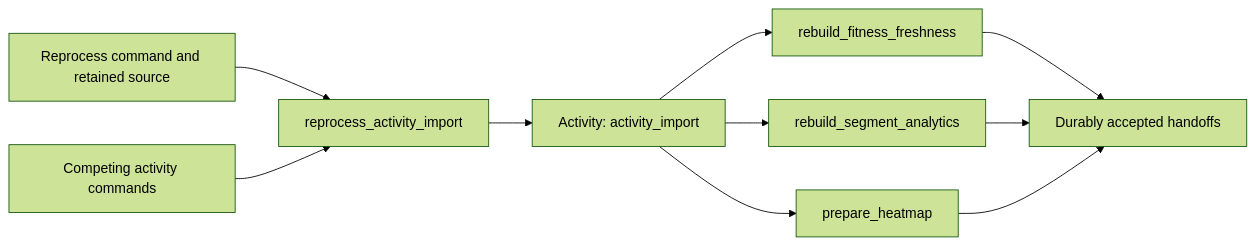
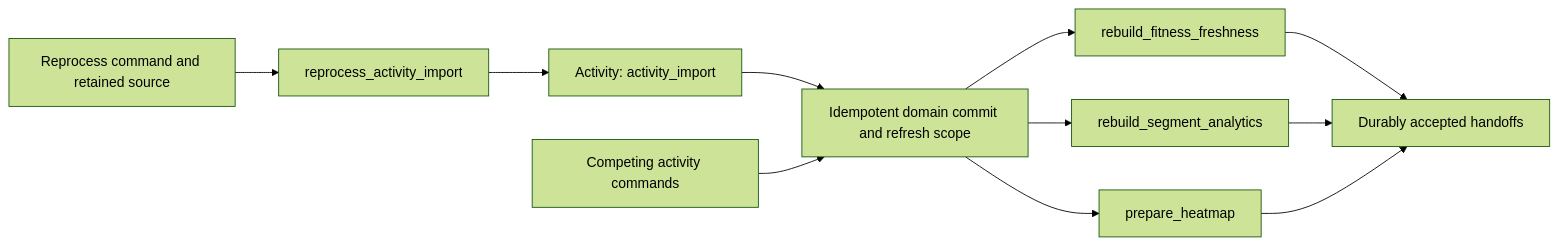
Before and after one commit to ericbutera/bike: the diagram in docs/specs/project-overview.md, drawn with Mermaid (forest theme). The commit also changed other lines of this file and 7 other files, not shown here.

````diff
--- a/docs/specs/project-overview.md
+++ b/docs/specs/project-overview.md
@@ -161,12 +168,13 @@
 ```mermaid
 flowchart LR
     Request[Reprocess command and retained source] --> Activity[reprocess_activity_import]
-    Competing[Competing activity commands] --> Activity
     Activity --> Replay[Activity: activity_import]
-    Replay --> Fitness[rebuild_fitness_freshness]
-    Replay --> Segments[rebuild_segment_analytics]
-    Replay --> Heatmap[prepare_heatmap]
+    Replay --> Domain[Idempotent domain commit and refresh scope]
+    Competing[Competing activity commands] --> Domain
+    Domain --> Fitness[rebuild_fitness_freshness]
+    Domain --> Segments[rebuild_segment_analytics]
+    Domain --> Heatmap[prepare_heatmap]
     Fitness --> Accepted[Durably accepted handoffs]
     Segments --> Accepted
     Heatmap --> Accepted
 ```
````
